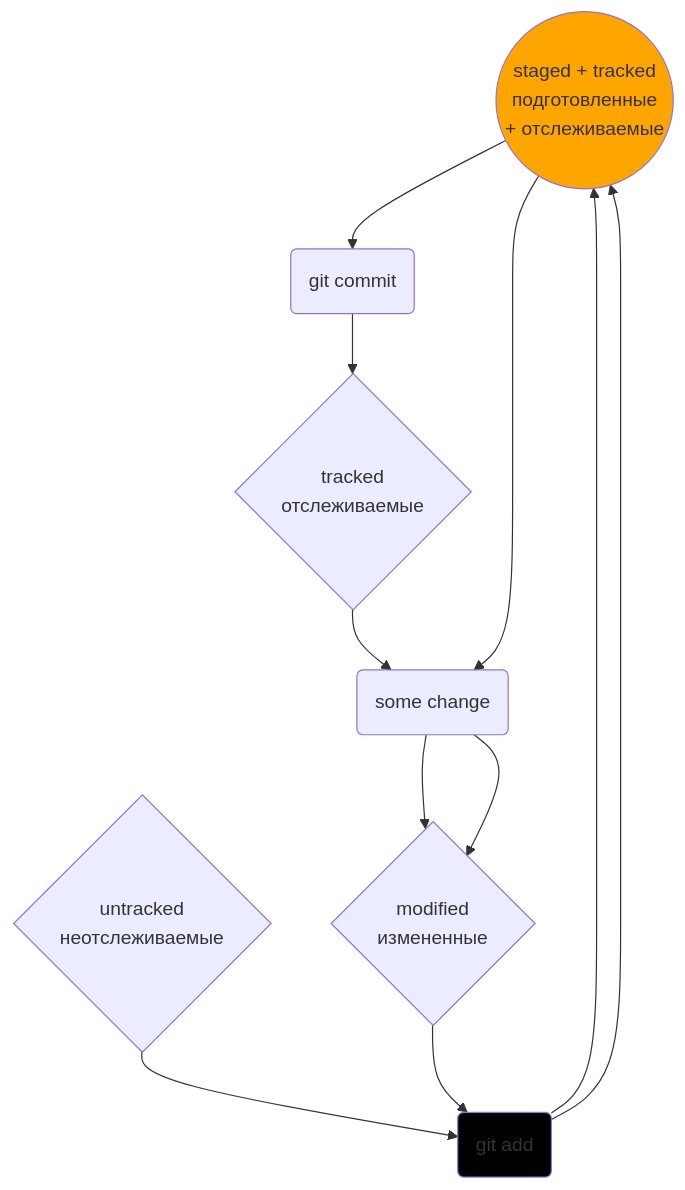
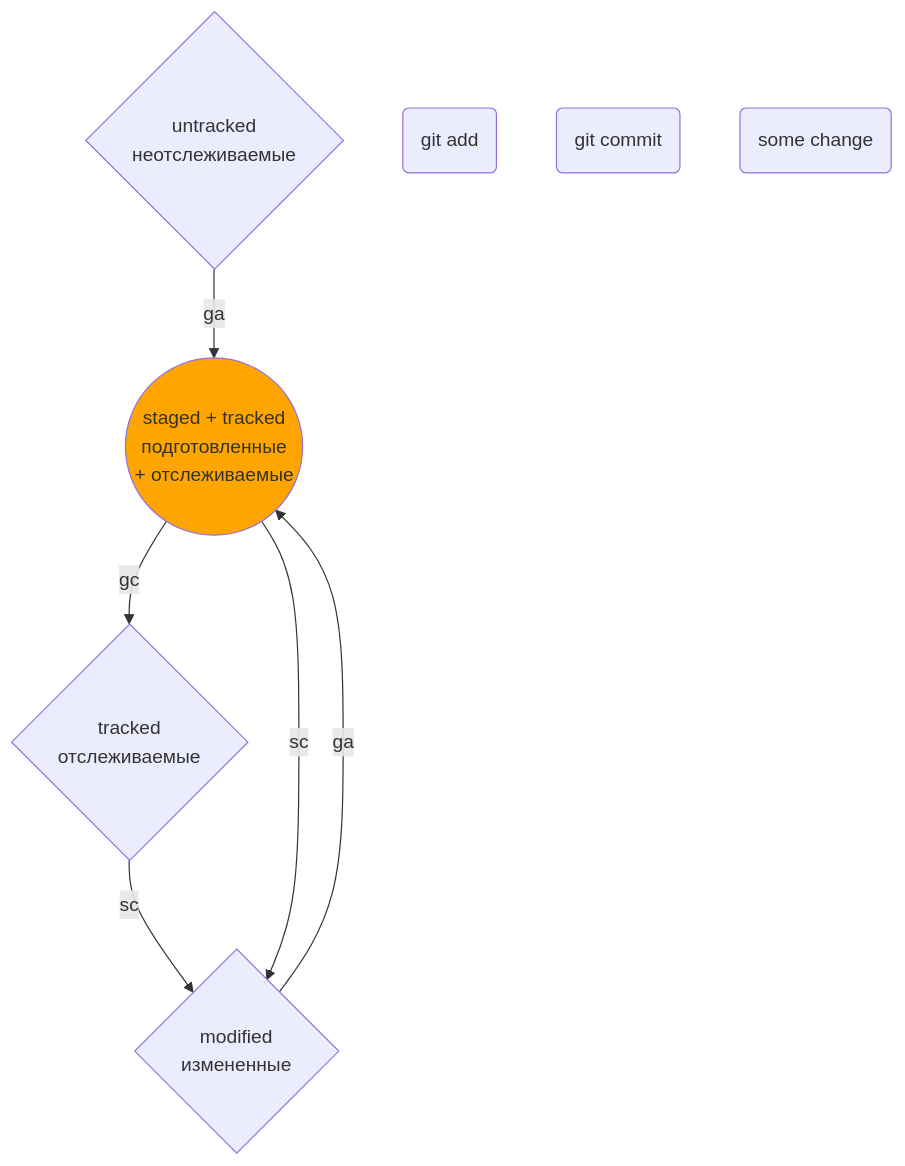
One commit to AleksandrVakarin/GitInstructionMermaid changed the diagram in README.md. Above: the diagram before and after it, drawn with Mermaid.

````diff
--- a/README.md
+++ b/README.md
@@ -93,20 +93,20 @@
 ```mermaid
 flowchart TD;
 	
 	stg((staged + tracked<br>подготовленные<br> + отслеживаемые))
 	mdf{modified<br>измененные}
 	untr{untracked<br>неотслеживаемые}
 	trcd{tracked<br>отслеживаемые}
 
 	ga(git add)
 	gc(git commit)
 	sc(some change)
-	style ga fill: black
+	style ga gc sc fill: grey
 
-	untr--> ga -->stg
-	stg--> gc -->trcd
-	trcd--> sc -->mdf
-	mdf--> ga -->stg
-	stg--> sc -->mdf
+	untr-- ga -->stg
+	stg-- gc -->trcd
+	trcd-- sc -->mdf
+	mdf-- ga -->stg
+	stg-- sc -->mdf
 	style stg fill: orange
 ```
````
